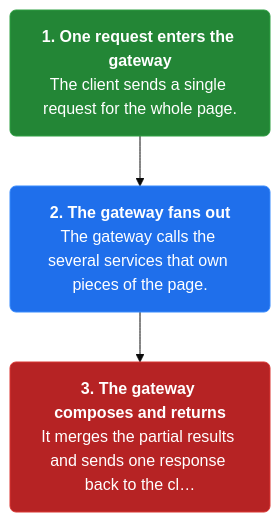
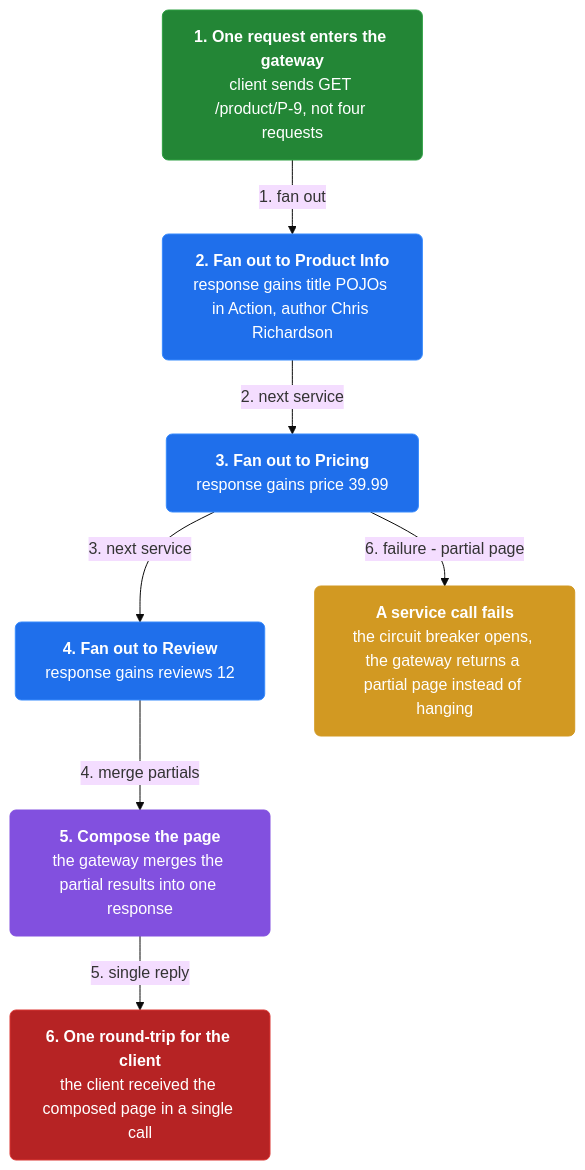
The third of 4 diagrams in docs/ch23-api-gateway.md (vinayakuber/microservices-io-study-guide), drawn with Mermaid (base theme) before and after one commit. The commit also changed other lines of this file and 46 other files, not shown here.

First line of the commit message:
Author rich branching flow diagrams for all 44 chapters

````diff
--- a/docs/ch23-api-gateway.md
+++ b/docs/ch23-api-gateway.md
@@ -89,11 +107,21 @@
 ```mermaid
 flowchart TD
-  classDef step fill:#1f6feb,color:#ffffff,stroke:#388bfd,stroke-width:1px,rx:6
+  classDef step fill:#1f6feb,color:#ffffff,stroke:#388bfd,rx:6
+  classDef core fill:#8250df,color:#ffffff,stroke:#8250df,rx:6
+  classDef warn fill:#d29922,color:#ffffff,stroke:#d29922,rx:6
   classDef start fill:#238636,color:#ffffff,stroke:#2ea043,rx:6
   classDef stop fill:#b62324,color:#ffffff,stroke:#da3633,rx:6
-  s2n0["<b>1. One request enters the gateway</b><br/>The client sends a single request for the whole page."]:::start
-  s2n1["<b>2. The gateway fans out</b><br/>The gateway calls the several services that own pieces of the page."]:::step
-  s2n2["<b>3. The gateway composes and returns</b><br/>It merges the partial results and sends one response back to the cl…"]:::stop
-  s2n0 --> s2n1
-  s2n1 --> s2n2
+  n0["<b>1. One request enters the gateway</b><br/>client sends GET /product/P-9, not four requests"]:::start
+  n1["<b>2. Fan out to Product Info</b><br/>response gains title POJOs in Action, author Chris Richardson"]:::step
+  n2["<b>3. Fan out to Pricing</b><br/>response gains price 39.99"]:::step
+  n3["<b>4. Fan out to Review</b><br/>response gains reviews 12"]:::step
+  n4["<b>5. Compose the page</b><br/>the gateway merges the partial results into one response"]:::core
+  n5["<b>6. One round-trip for the client</b><br/>the client received the composed page in a single call"]:::stop
+  n6["<b>A service call fails</b><br/>the circuit breaker opens, the gateway returns a partial page instead of hanging"]:::warn
+  n0 -->|"1. fan out"| n1
+  n1 -->|"2. next service"| n2
+  n2 -->|"3. next service"| n3
+  n3 -->|"4. merge partials"| n4
+  n4 -->|"5. single reply"| n5
+  n2 -->|"6. failure - partial page"| n6
 ```
````
